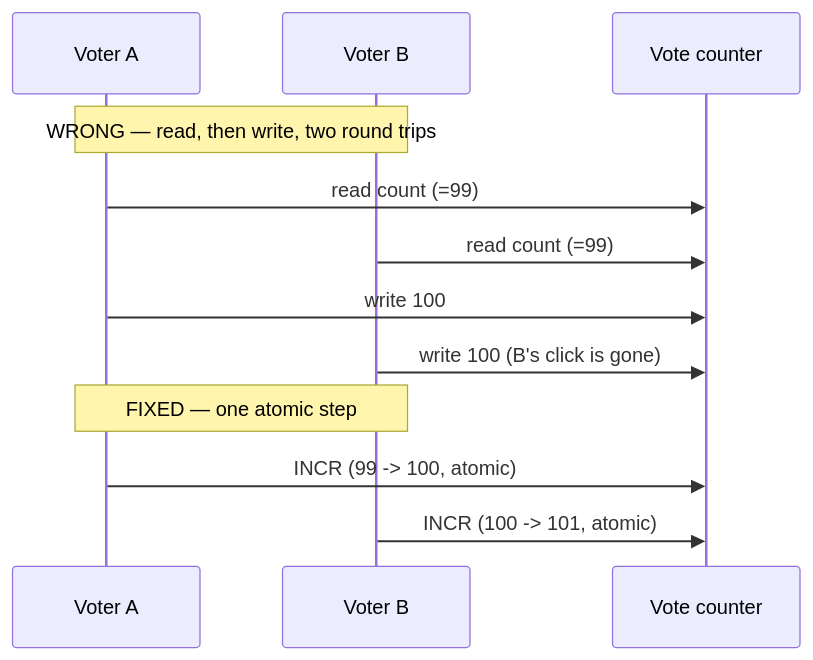
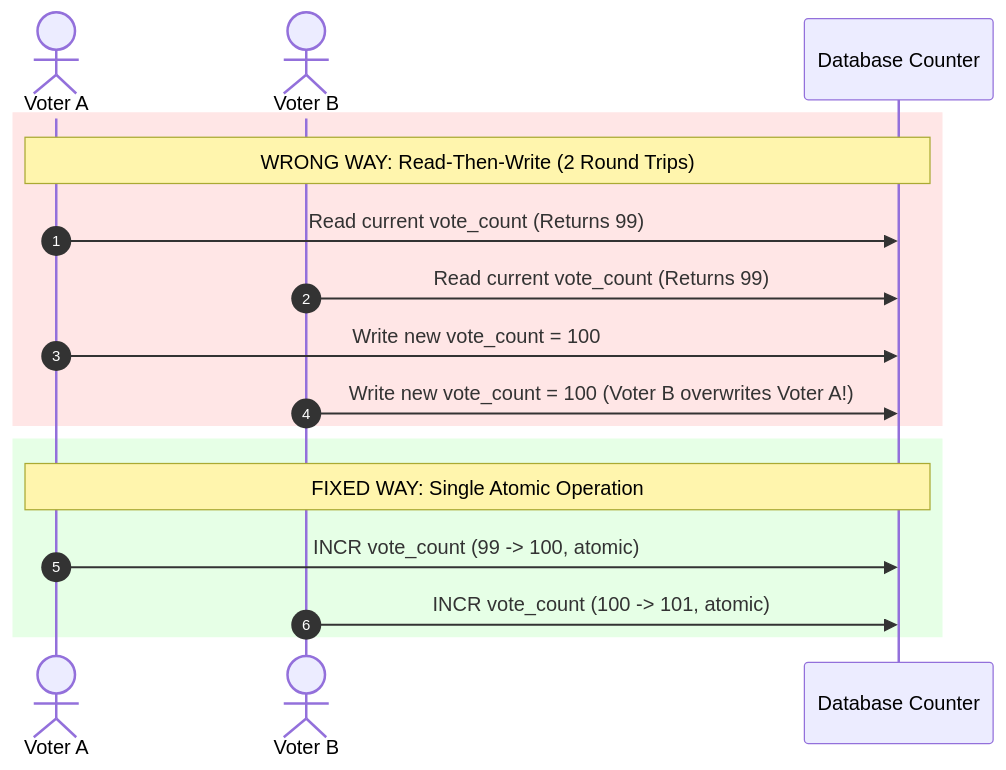
One commit to riyaz-pasha/Learnings changed the second of 15 diagrams in system-design/HLD/0-course/27-Design Quora-FAANG-Guide-story.md. Above: the diagram before and after it, drawn with Mermaid. The commit also changed other lines of this file and 1 other file, not shown here.

Commit message:
docs: simplify language, expand examples, and fix mermaid diagrams in Quora guide

````diff
--- a/system-design/HLD/0-course/27-Design Quora-FAANG-Guide-story.md
+++ b/system-design/HLD/0-course/27-Design Quora-FAANG-Guide-story.md
@@ -29,16 +98,21 @@
 ```mermaid
 sequenceDiagram
-    participant A as Voter A
-    participant B as Voter B
-    participant DB as Vote counter
+    autonumber
+    actor VoterA as Voter A
+    actor VoterB as Voter B
+    participant DB as Database Counter
 
-    Note over A,B: WRONG — read, then write, two round trips
-    A->>DB: read count (=99)
-    B->>DB: read count (=99)
-    A->>DB: write 100
-    B->>DB: write 100 (B's click is gone)
+    rect rgb(255, 230, 230)
+        Note over VoterA, DB: WRONG WAY: Read-Then-Write (2 Round Trips)
+        VoterA->>DB: Read current vote_count (Returns 99)
+        VoterB->>DB: Read current vote_count (Returns 99)
+        VoterA->>DB: Write new vote_count = 100
+        VoterB->>DB: Write new vote_count = 100 (Voter B overwrites Voter A!)
+    end
 
-    Note over A,B: FIXED — one atomic step
-    A->>DB: INCR (99 -> 100, atomic)
-    B->>DB: INCR (100 -> 101, atomic)
+    rect rgb(230, 255, 230)
+        Note over VoterA, DB: FIXED WAY: Single Atomic Operation
+        VoterA->>DB: INCR vote_count (99 -> 100, atomic)
+        VoterB->>DB: INCR vote_count (100 -> 101, atomic)
+    end
 ```
````
